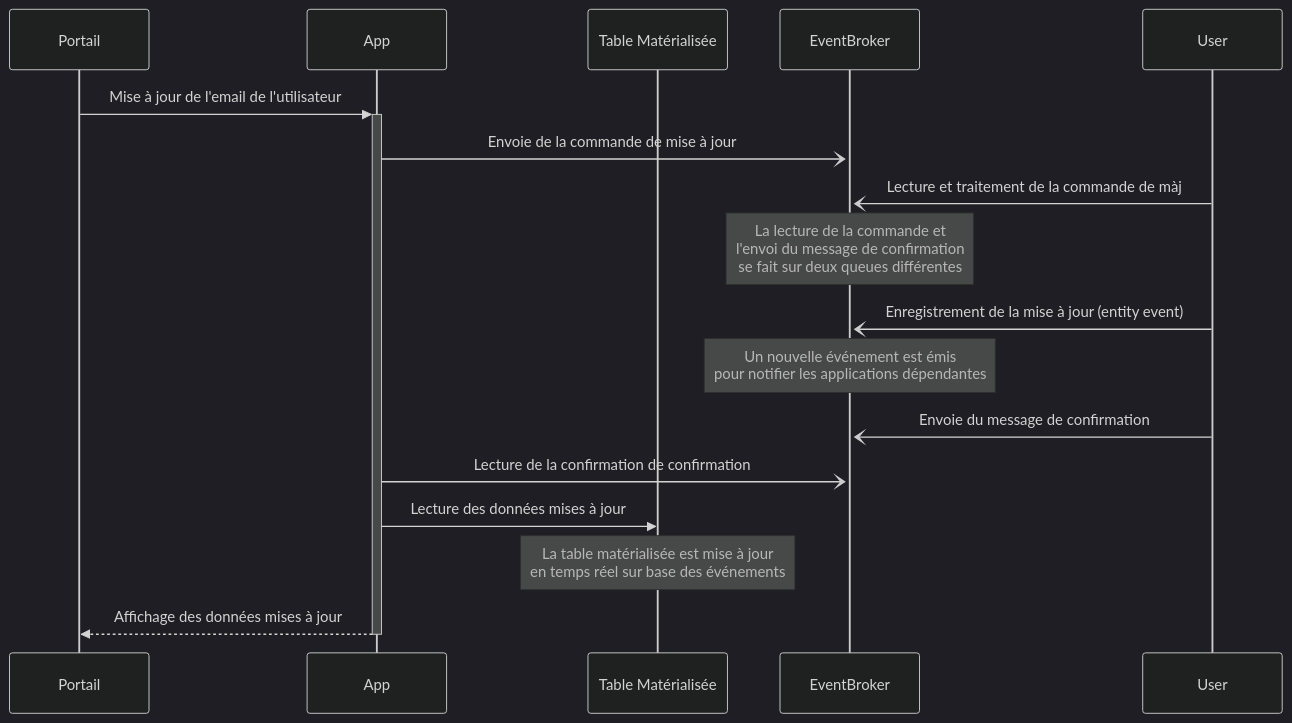
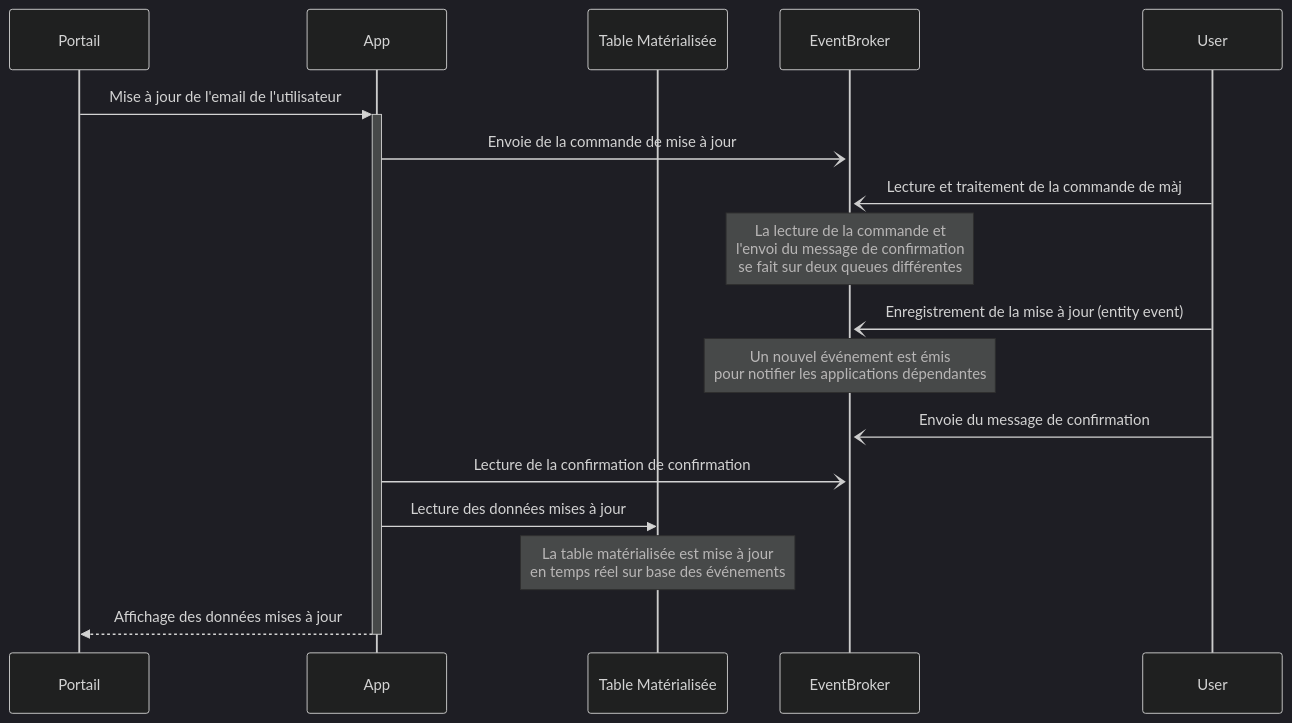
The diagram in website/docs/Event Driven Architecture/2-data-stream/exemple-1-produire-et-consomer.md (diplomegalo/event-driven), drawn with Mermaid (dark theme) before and after one commit. The commit also changed other lines of this file and 3 other files, not shown here.

````diff
--- a/website/docs/Event Driven Architecture/2-data-stream/exemple-1-produire-et-consomer.md
+++ b/website/docs/Event Driven Architecture/2-data-stream/exemple-1-produire-et-consomer.md
@@ -110,20 +110,20 @@
 ```mermaid
 
 sequenceDiagram
     participant Portail
     participant App
     participant Table Matérialisée
     participant EventBroker
     participant User
     Portail->>+App: Mise à jour de l'email de l'utilisateur
     App-)+EventBroker: Envoie de la commande de mise à jour
     User-)EventBroker: Lecture et traitement de la commande de màj
     note over EventBroker: La lecture de la commande et<br/>l'envoi du message de confirmation<br/>se fait sur deux queues différentes
     User-)EventBroker: Enregistrement de la mise à jour (entity event)
-    note over EventBroker: Un nouvelle événement est émis<br/>pour notifier les applications dépendantes 
+    note over EventBroker: Un nouvel événement est émis<br/>pour notifier les applications dépendantes 
     User-)EventBroker: Envoie du message de confirmation
     App-)EventBroker: Lecture de la confirmation de confirmation
     App->>Table Matérialisée: Lecture des données mises à jour
     note over Table Matérialisée: La table matérialisée est mise à jour<br/>en temps réel sur base des événements
     App-->>-Portail: Affichage des données mises à jour
 ```
````
